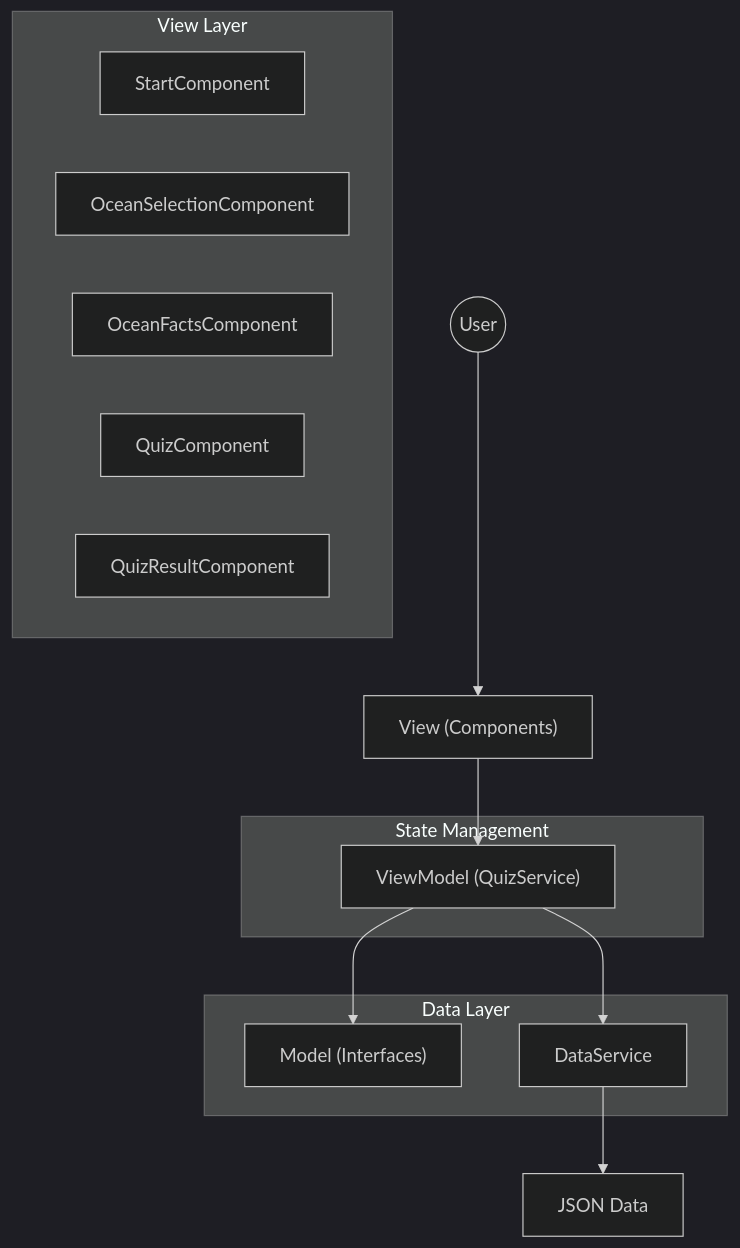
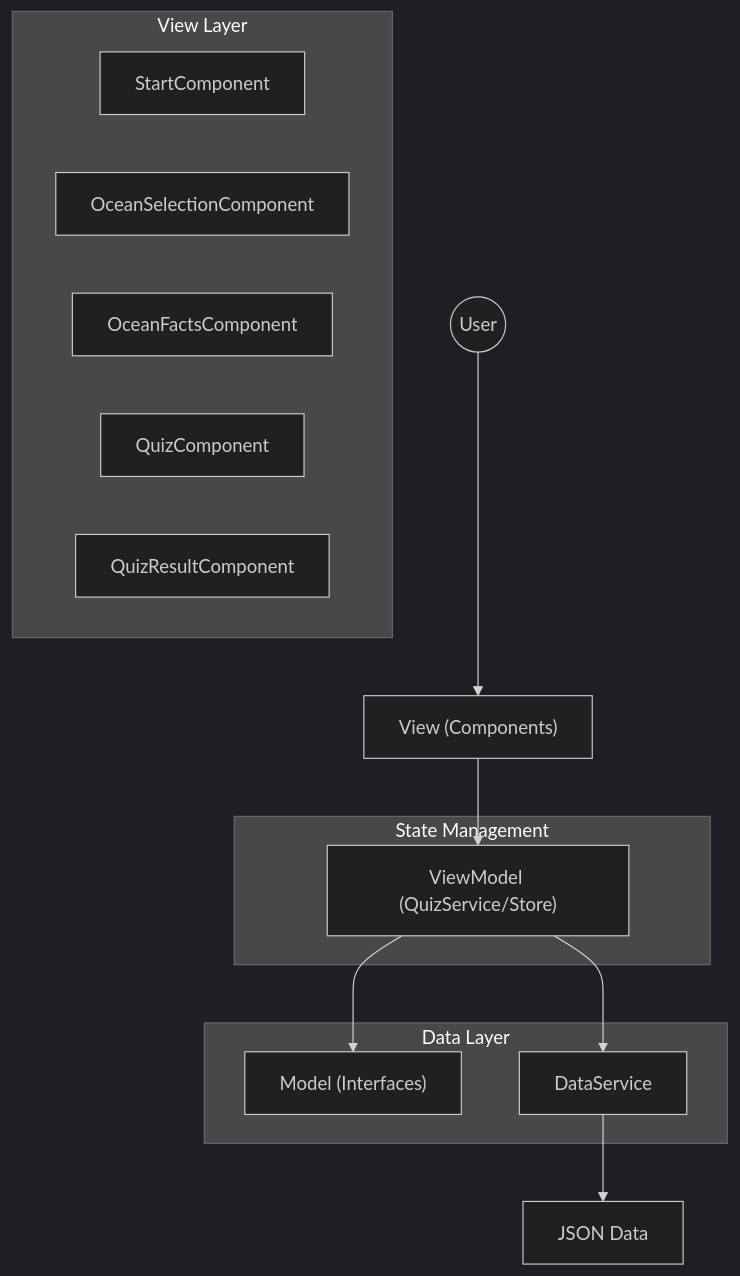
One commit to T-Boyke/EhlenAngularProjekt3 changed the second of 4 diagrams in docs/IHK_ABSCHLUSSPROJEKT.md. Above: the diagram before and after it, drawn with Mermaid (dark theme). The commit also changed other lines of this file, not shown here.

````diff
--- a/docs/IHK_ABSCHLUSSPROJEKT.md
+++ b/docs/IHK_ABSCHLUSSPROJEKT.md
@@ -346,25 +363,25 @@
 ```mermaid
 graph TD
     User((User)) --> View["View (Components)"]
-    View --> ViewModel["ViewModel (QuizService)"]
+    View --> ViewModel["ViewModel (QuizService/Store)"]
     ViewModel --> Model["Model (Interfaces)"]
     ViewModel --> Service[DataService]
     Service --> Data[JSON Data]
     
     subgraph "View Layer"
         StartComponent
         OceanSelectionComponent
         OceanFactsComponent
         QuizComponent
         QuizResultComponent
     end
 
     subgraph "State Management"
         ViewModel
     end
 
     subgraph "Data Layer"
         Service
         Model
     end
 ```
````
